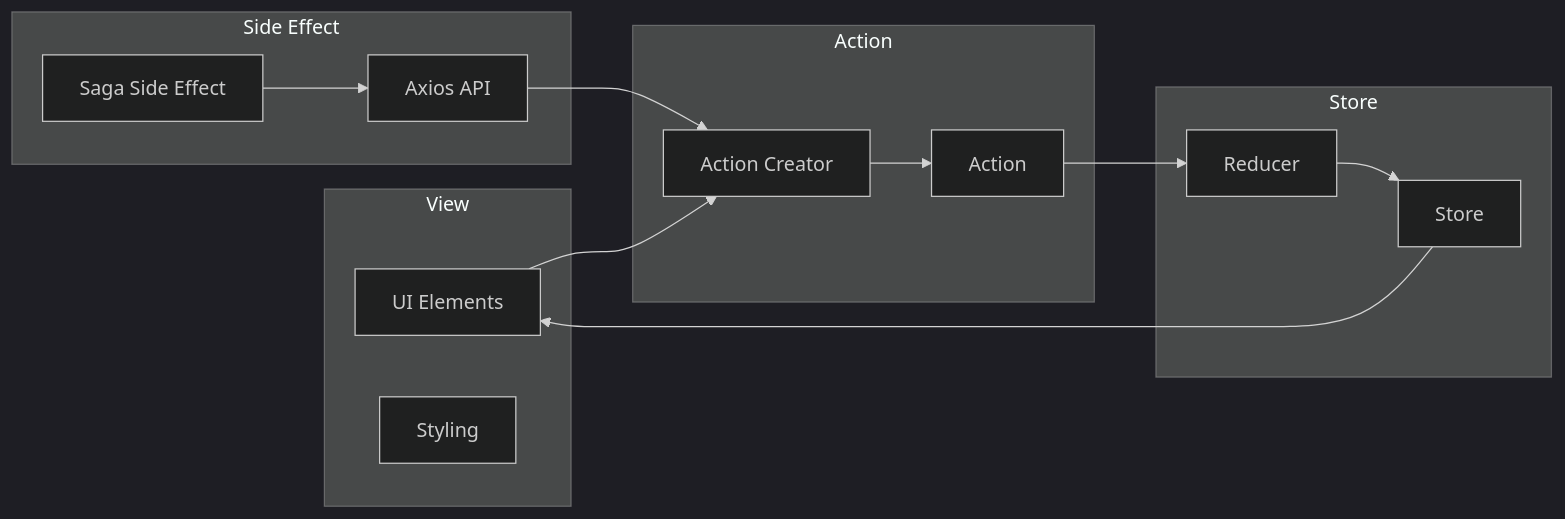
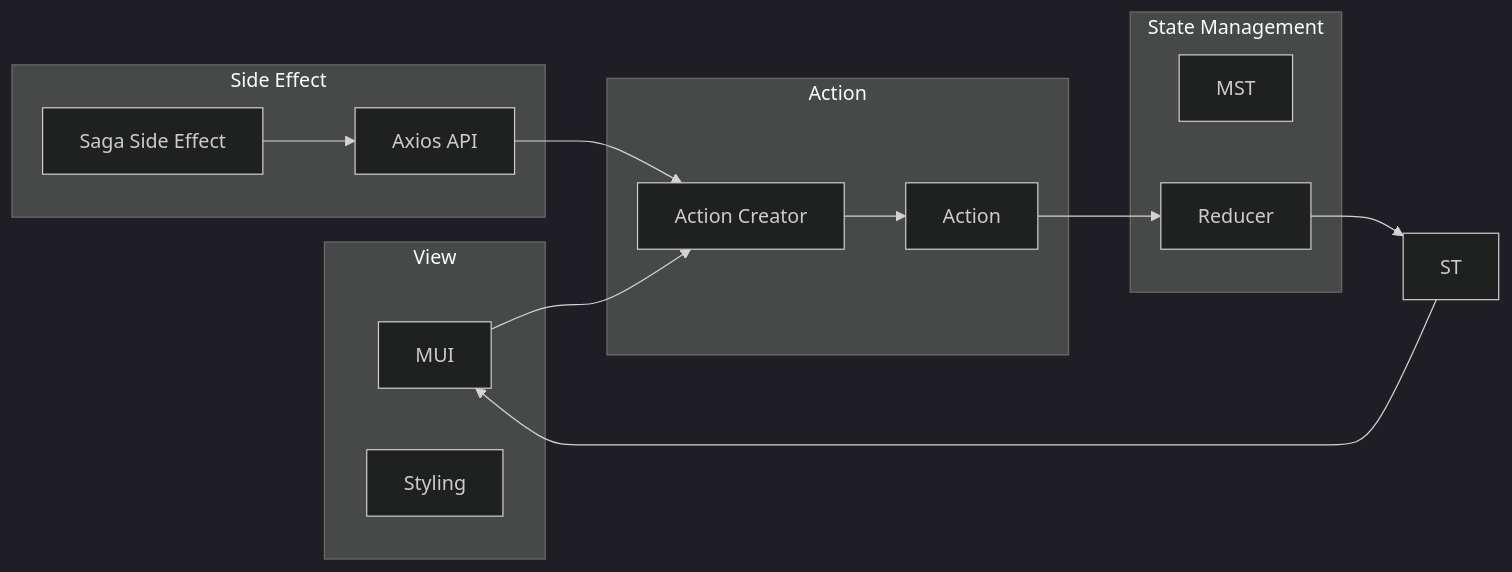
Before and after one commit to nguyenvanphituoc/react-native-template: the diagram in ProjectName/readme.md, drawn with Mermaid (dark theme). The commit also changed other lines of this file and 89 other files, not shown here.

````diff
--- a/ProjectName/readme.md
+++ b/ProjectName/readme.md
@@ -15,30 +19,30 @@
 ```mermaid
 graph LR
     subgraph View
-        UI[UI Elements]
+        UI[MUI]
         S[Styling]
     end
 
     subgraph Action
         A[Action Creator]
         AC[Action]
     end
 
-    subgraph Store
-        ST[Store]
+    subgraph State Management
+        MST[MST]
         R[Reducer]
     end
 
     subgraph Side Effect
         SE[Saga Side Effect]
         API[Axios API]
     end
 
     UI --> A
     A --> AC
     AC --> R
     R --> ST
     ST --> UI
     SE --> API
     API --> A
 ```
````
